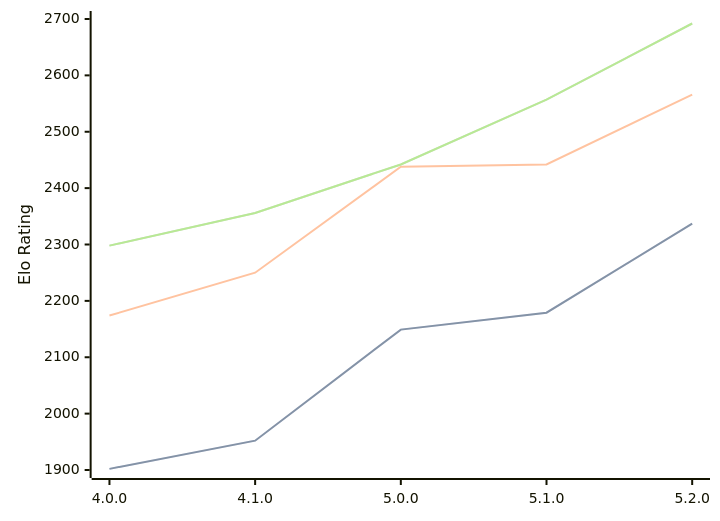
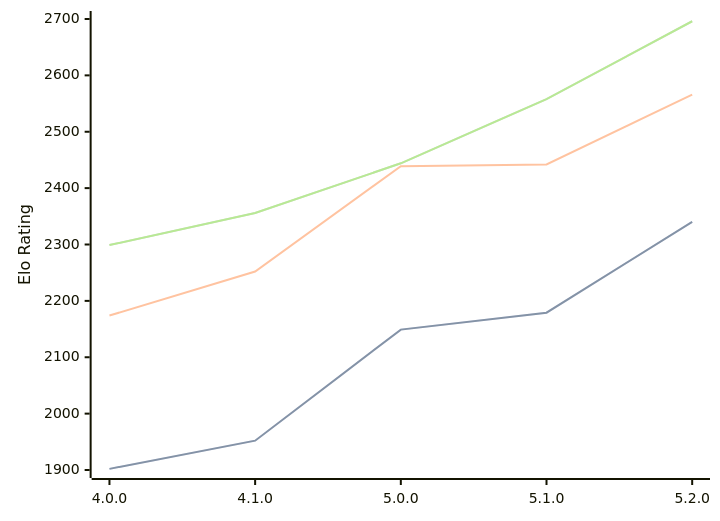
The third of 3 diagrams in engines/Aconcagua.md (computer-chess-index/cci), drawn with Mermaid before and after one commit. The commit also changed other lines of this file, not shown here.

Commit message:
Update CCI Ratings (ELO VLTC) - 2026-06-20

````diff
--- a/engines/Aconcagua.md
+++ b/engines/Aconcagua.md
@@ -77,11 +77,11 @@
 ```mermaid
 %%{init: {"theme":"base","themeVariables":{"seriesColors:['#a3a3a3','#222221','#faa371']}}}%%
 xychart-beta
   x-axis ["4.0.0", "4.1.0", "5.0.0", "5.1.0", "5.2.0"]
   y-axis "Elo Rating" 1900 --> 2700
-  line "STC (8.0+0.08s)" [1902, 1952, 2149, 2179, 2337]
-  line "STC (8.0+0.08s)" [1902, 1952, 2149, 2179, 2337]
-  line "LTC (60.0+0.60s)" [2174, 2250, 2438, 2442, 2566]
-  line "VLTC (2m24s+1.12s)" [2298, 2356, 2442, 2557, 2692]
-  line "VLTC (2m24s+1.12s)" [2298, 2356, 2442, 2557, 2692]
+  line "STC (8.0+0.08s)" [1902, 1952, 2149, 2179, 2340]
+  line "STC (8.0+0.08s)" [1902, 1952, 2149, 2179, 2340]
+  line "LTC (60.0+0.60s)" [2174, 2252, 2439, 2442, 2566]
+  line "VLTC (2m24s+1.12s)" [2299, 2356, 2444, 2558, 2696]
+  line "VLTC (2m24s+1.12s)" [2299, 2356, 2444, 2558, 2696]
 ```
````
